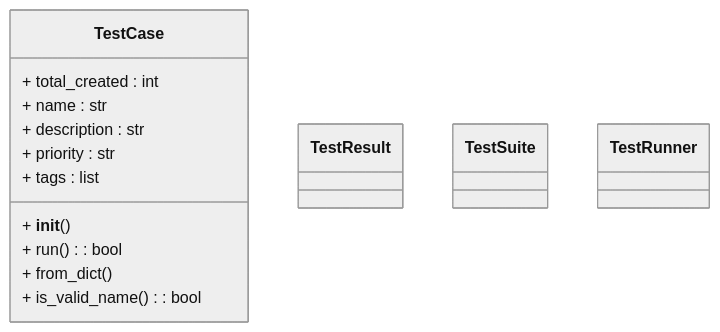
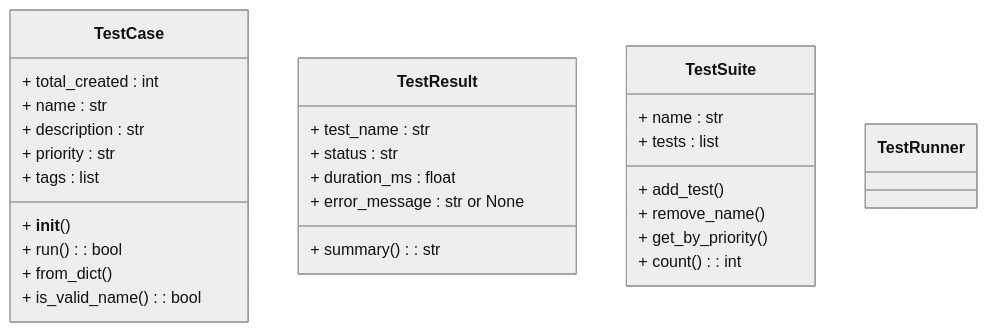
The diagram in Week1-Git-Python/Wednesday/exercise_oop/class_hierarchy.mermaid (TRNG-00002423/Jackson-Champion), drawn with Mermaid (neutral theme) before and after one commit.

Commit message:
Add attributes to TestResult and TestSuite

```diff
--- a/Week1-Git-Python/Wednesday/exercise_oop/class_hierarchy.mermaid
+++ b/Week1-Git-Python/Wednesday/exercise_oop/class_hierarchy.mermaid
@@ -1,31 +1,42 @@
 classDiagram
     class TestCase {
         %% TODO: Add class attributes
         + total_created : int
         %% TODO: Add instance attributes
         + name : str
         + description : str
         + priority : str
         + tags : list
         %% TODO: Add methods
         + __init__()
         + run() : bool
         + from_dict()
         + is_valid_name() : bool
     }
 
     class TestResult {
         %% TODO: Add attributes
+        + test_name : str
+        + status : str
+        + duration_ms : float
+        + error_message : str or None
         %% TODO: Add methods
+        + summary() : str
     }
 
     class TestSuite {
         %% TODO: Add attributes
+        + name : str
+        + tests : list
         %% TODO: Add methods
+        + add_test()
+        + remove_name()
+        + get_by_priority()
+        + count() : int
     }
 
     class TestRunner {
         %% TODO: Add methods
     }
 
     %% TODO: Define relationships between classes
```
